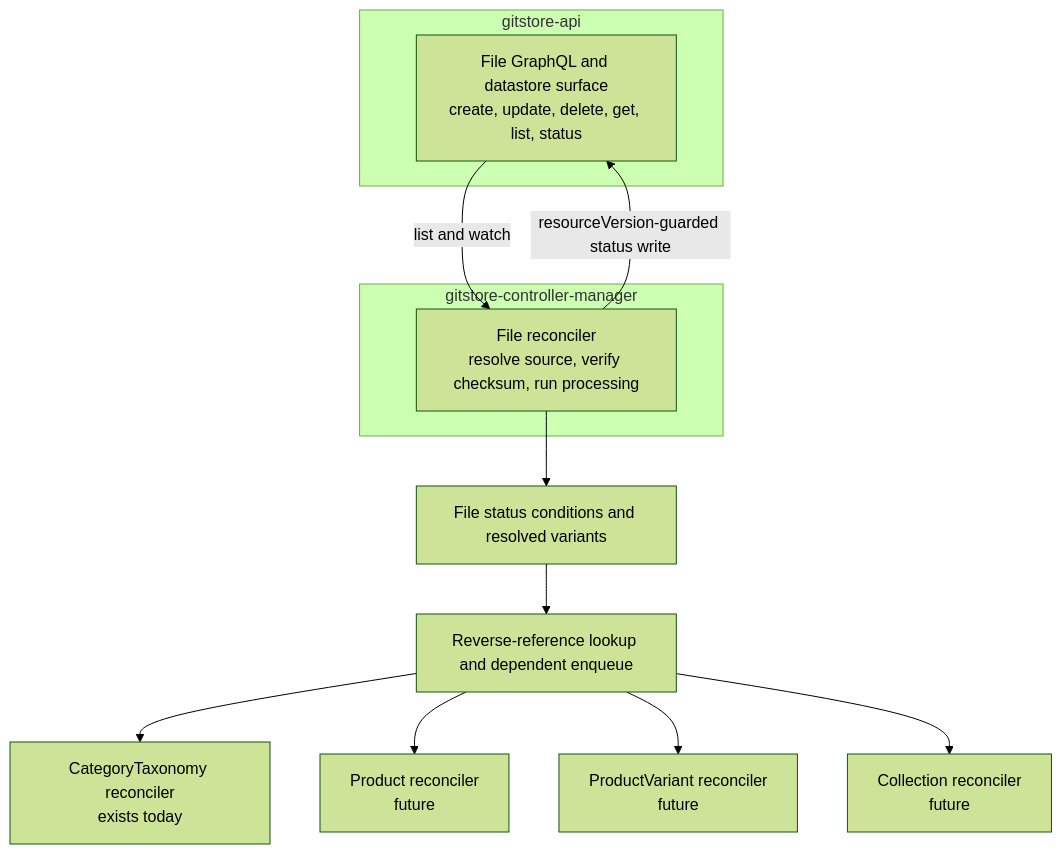
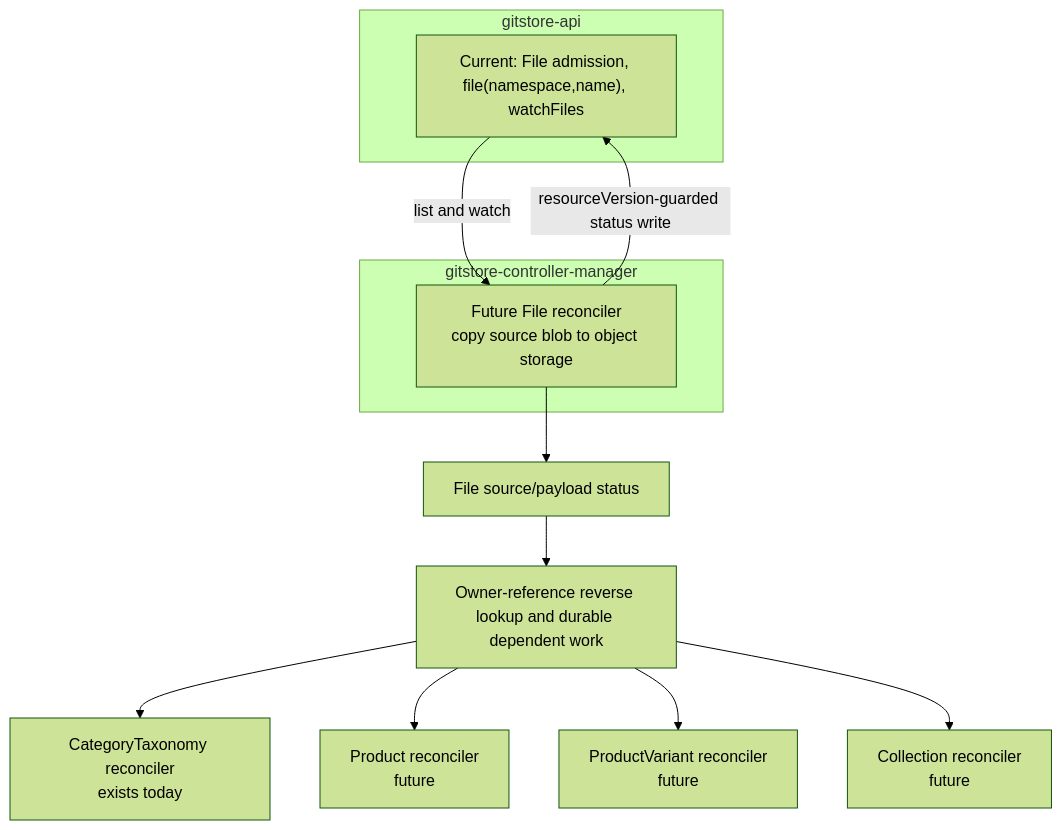
One commit to gitstore-dev/GitStore changed the fourth of 4 diagrams in docs/implementation/034-file-media-lifecycle-architecture.md. Above: the diagram before and after it, drawn with Mermaid (forest theme). The commit also changed other lines of this file and 2 other files, not shown here.

Commit message:
feat(graphql): enhance File schema with new selectors and lifecycle details

````diff
--- a/docs/implementation/034-file-media-lifecycle-architecture.md
+++ b/docs/implementation/034-file-media-lifecycle-architecture.md
@@ -356,17 +429,17 @@
 ```mermaid
 flowchart TB
     subgraph API["gitstore-api"]
-        FileAPI["File GraphQL and datastore surface<br/>create, update, delete, get, list, status"]
+        FileAPI["Current: File admission, file(namespace,name), watchFiles"]
     end
     subgraph CM["gitstore-controller-manager"]
-        FileController["File reconciler<br/>resolve source, verify checksum, run processing"]
+        FileController["Future File reconciler<br/>copy source blob to object storage"]
     end
     FileAPI -->|"list and watch"| FileController
     FileController -->|"resourceVersion-guarded status write"| FileAPI
-    FileController --> FileStatus["File status conditions and resolved variants"]
-    FileStatus --> Index["Reverse-reference lookup and dependent enqueue"]
+    FileController --> FileStatus["File source/payload status"]
+    FileStatus --> Index["Owner-reference reverse lookup and durable dependent work"]
     Index --> Category["CategoryTaxonomy reconciler<br/>exists today"]
     Index --> Product["Product reconciler<br/>future"]
     Index --> Variant["ProductVariant reconciler<br/>future"]
     Index --> Collection["Collection reconciler<br/>future"]
 ```
````
